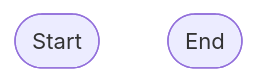
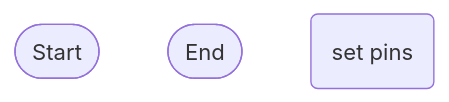
The diagram in logic.md (Deltace05/SmartDog), drawn with Mermaid before and after one commit.

````diff
--- a/logic.md
+++ b/logic.md
@@ -1,5 +1,9 @@
 ```mermaid
 flowchart TD
 terminalStart([Start])
 terminalEnd([End])
+declareSonarRead(set pins)
+
+
+
 ```
````
